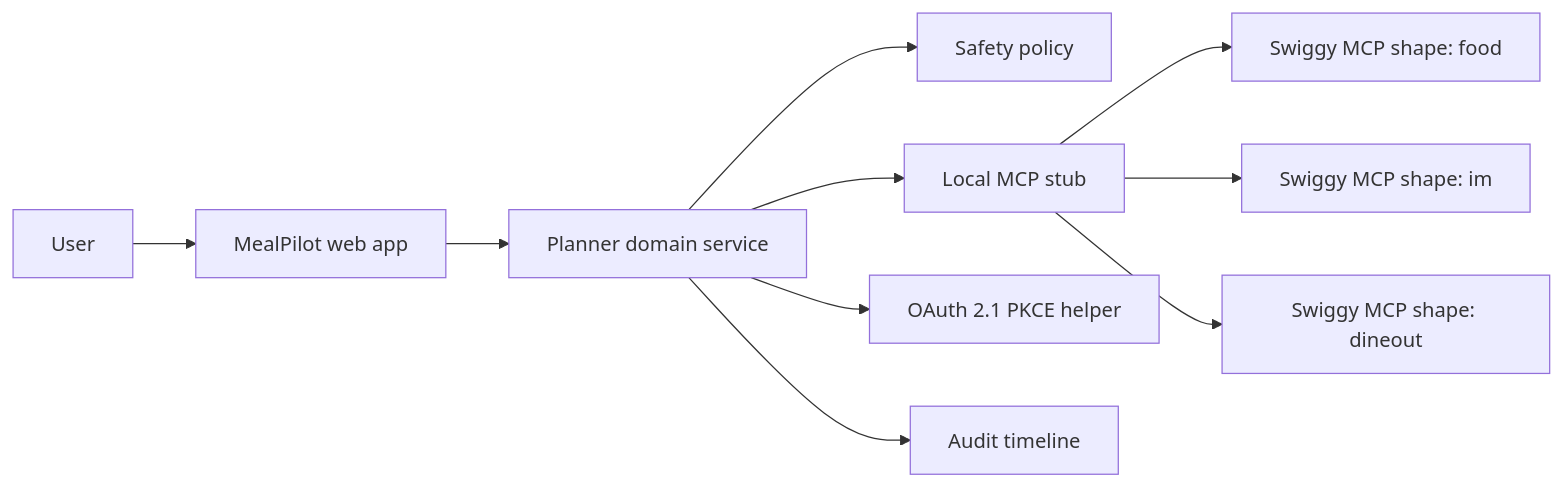
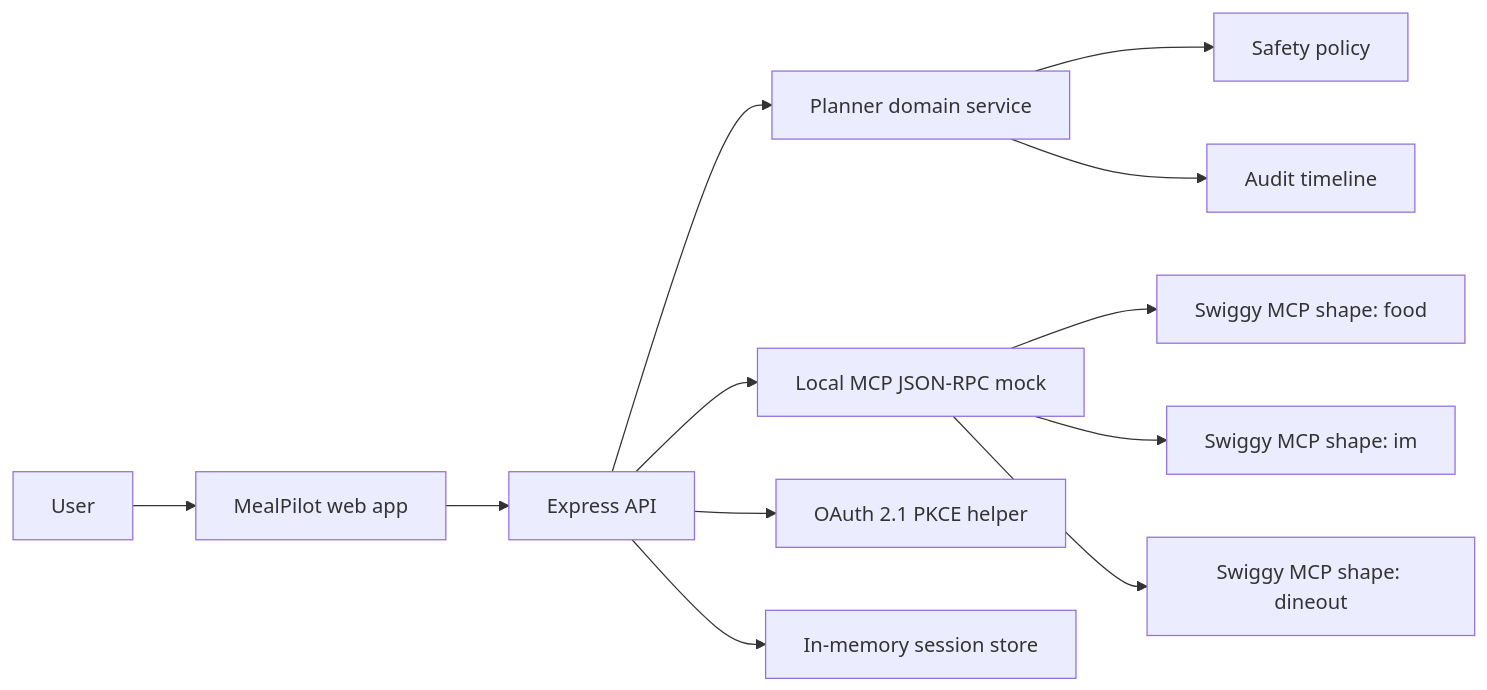
One commit to Farhankhan0128/MealPilot changed the diagram in docs/architecture.md. Above: the diagram before and after it, drawn with Mermaid. The commit also changed other lines of this file and 26 other files, not shown here.

````diff
--- a/docs/architecture.md
+++ b/docs/architecture.md
@@ -7,12 +7,14 @@
 ```mermaid
 flowchart LR
   U["User"] --> UI["MealPilot web app"]
-  UI --> Planner["Planner domain service"]
+  UI --> API["Express API"]
+  API --> Planner["Planner domain service"]
   Planner --> Safety["Safety policy"]
-  Planner --> Mock["Local MCP stub"]
-  Planner --> Auth["OAuth 2.1 PKCE helper"]
+  API --> Mock["Local MCP JSON-RPC mock"]
+  API --> Auth["OAuth 2.1 PKCE helper"]
   Mock --> Food["Swiggy MCP shape: food"]
   Mock --> IM["Swiggy MCP shape: im"]
   Mock --> Dineout["Swiggy MCP shape: dineout"]
+  API --> Store["In-memory session store"]
   Planner --> Obs["Audit timeline"]
 ```
````
